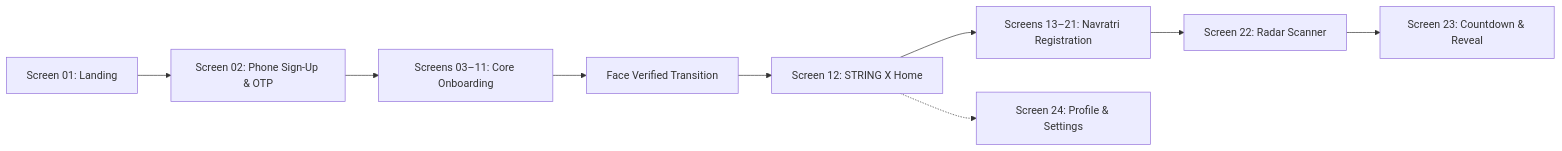
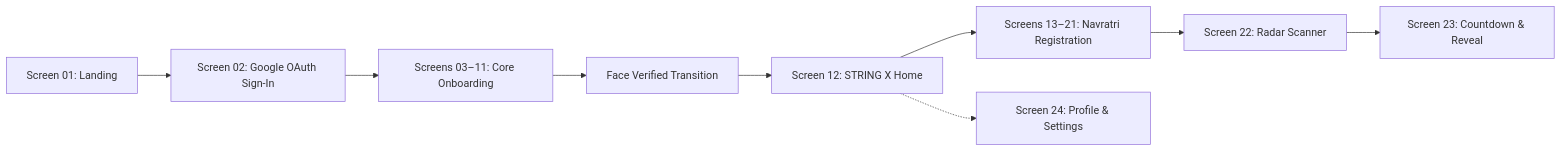
The diagram in docs/README.md (Hellsguardian/String-X), drawn with Mermaid before and after one commit. The commit also changed other lines of this file and 49 other files, not shown here.

````diff
--- a/docs/README.md
+++ b/docs/README.md
@@ -28,11 +29,11 @@
 ```mermaid
 flowchart LR
-    A[Screen 01: Landing] --> B[Screen 02: Phone Sign-Up & OTP]
+    A[Screen 01: Landing] --> B[Screen 02: Google OAuth Sign-In]
     B --> C[Screens 03–11: Core Onboarding]
     C --> D[Face Verified Transition]
     D --> E[Screen 12: STRING X Home]
     E --> F[Screens 13–21: Navratri Registration]
     F --> G[Screen 22: Radar Scanner]
     G --> H[Screen 23: Countdown & Reveal]
     E -.-> I[Screen 24: Profile & Settings]
 ```
````
